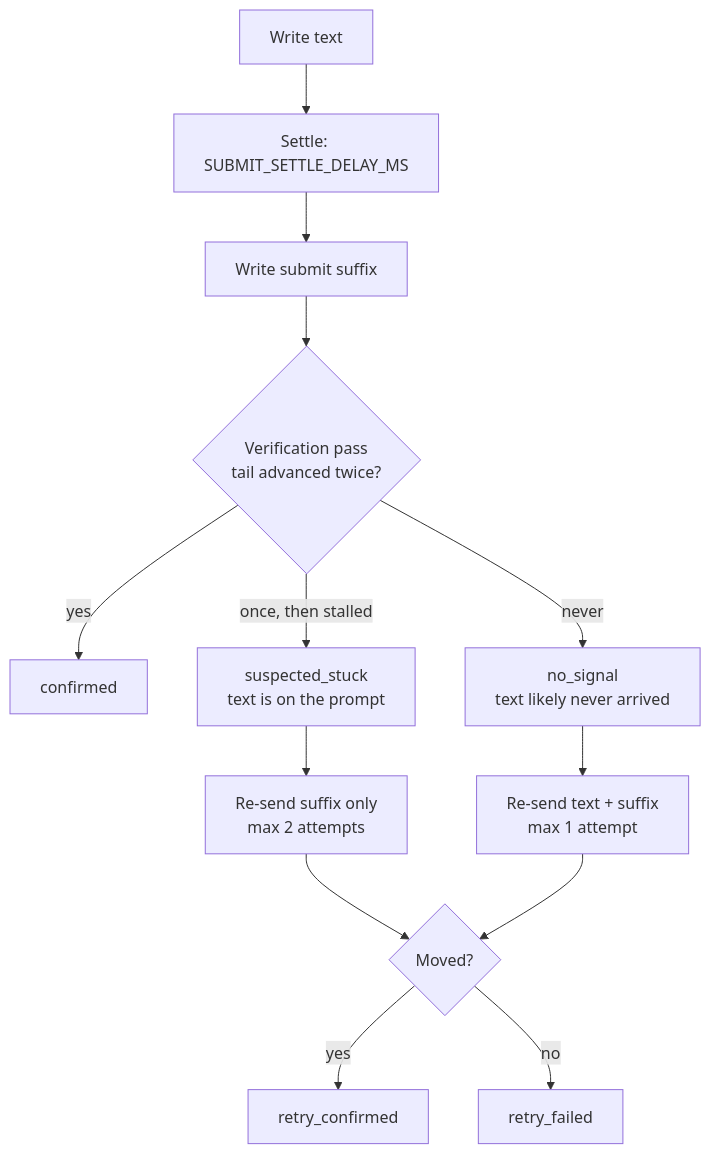
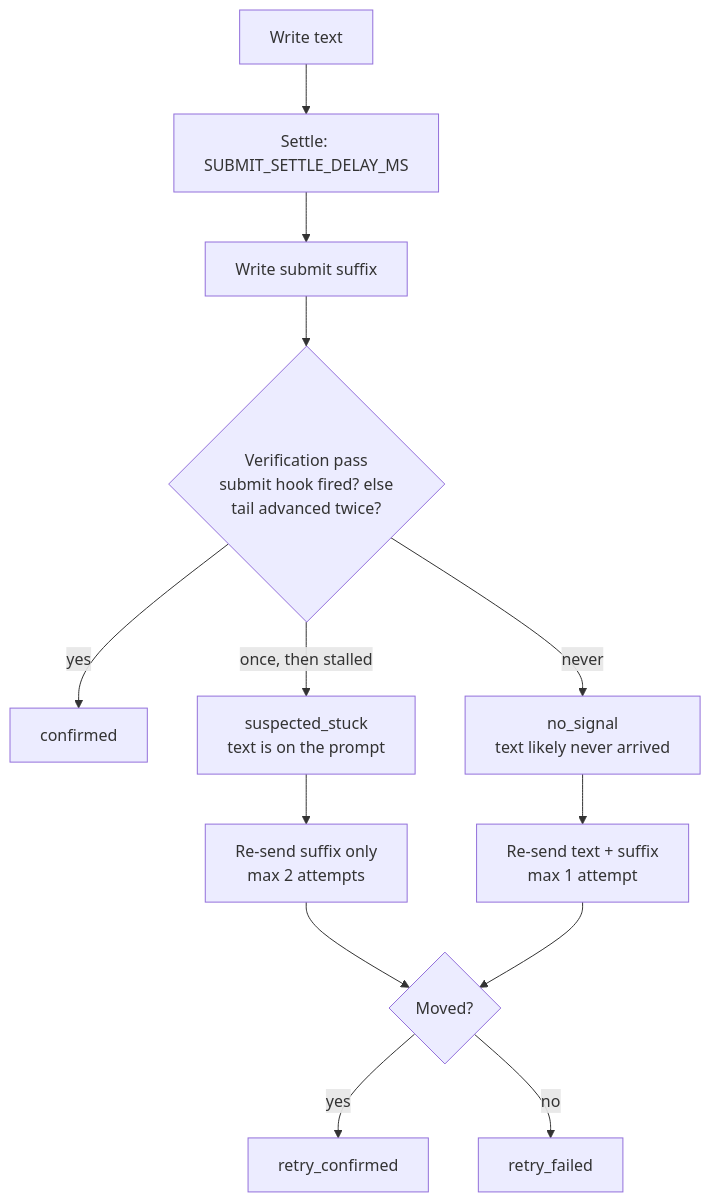
The fourth of 4 diagrams in docs/terminal-architecture.md (PetePeter/helm), drawn with Mermaid before and after one commit. The commit also changed other lines of this file and 8 other files, not shown here.

First line of the commit message:
fix(delivery): confirm Codex sends via prompt-submit hook, re-send Enter when unsent

````diff
--- a/docs/terminal-architecture.md
+++ b/docs/terminal-architecture.md
@@ -236,15 +243,15 @@
 ```mermaid
 flowchart TD
     D[Write text] --> S[Settle: SUBMIT_SETTLE_DELAY_MS]
     S --> E[Write submit suffix]
-    E --> V{Verification pass<br/>tail advanced twice?}
+    E --> V{Verification pass<br/>submit hook fired? else<br/>tail advanced twice?}
     V -->|yes| C[confirmed]
     V -->|once, then stalled| ST[suspected_stuck<br/>text is on the prompt]
     V -->|never| NS[no_signal<br/>text likely never arrived]
     ST --> R1[Re-send suffix only<br/>max 2 attempts]
     NS --> R2[Re-send text + suffix<br/>max 1 attempt]
     R1 --> V2{Moved?}
     R2 --> V2
     V2 -->|yes| RC[retry_confirmed]
     V2 -->|no| RF[retry_failed]
 ```
````
